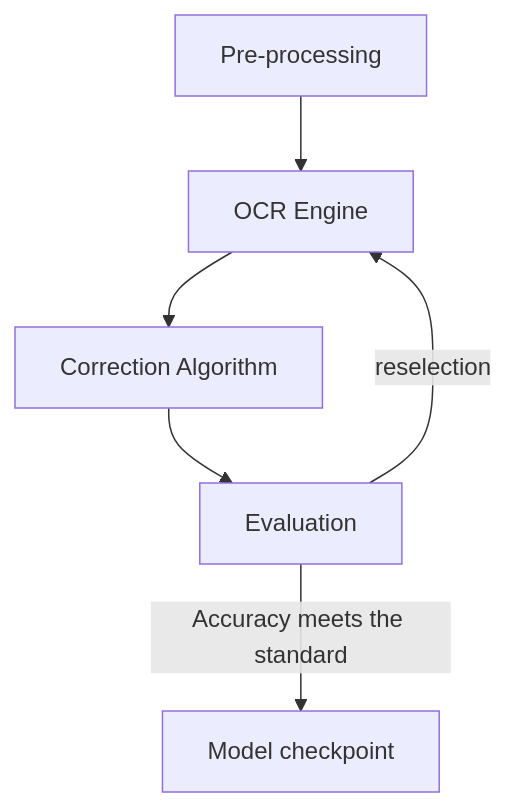
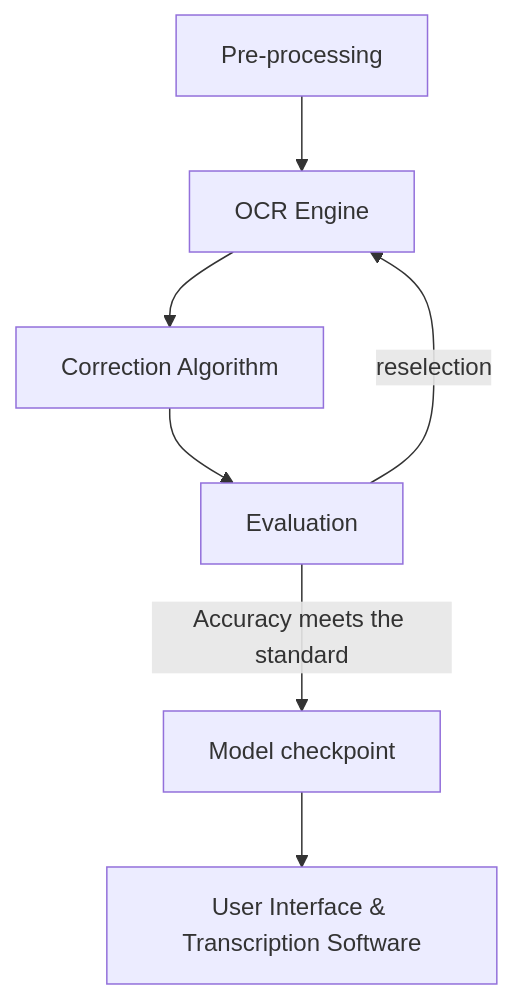
The first of 3 diagrams in index.md (Xushu-Wang/AI-powered-Historical-Text-Transcription), drawn with Mermaid before and after one commit. The commit also changed other lines of this file, not shown here.

````diff
--- a/index.md
+++ b/index.md
@@ -16,8 +16,9 @@
 ```mermaid
 graph TD;
     A[Pre-processing]-->B[OCR Engine];
     B-->C[Correction Algorithm];
     C-->D[Evaluation];
     D-->|reselection| B;
-    D-->|Accuracy meets the standard| E[Model checkpoint];
+    D-->|Accuracy meets the standard| E[Model checkpoint]
+    E--> F[User Interface & Transcription Software];
 ```
````
